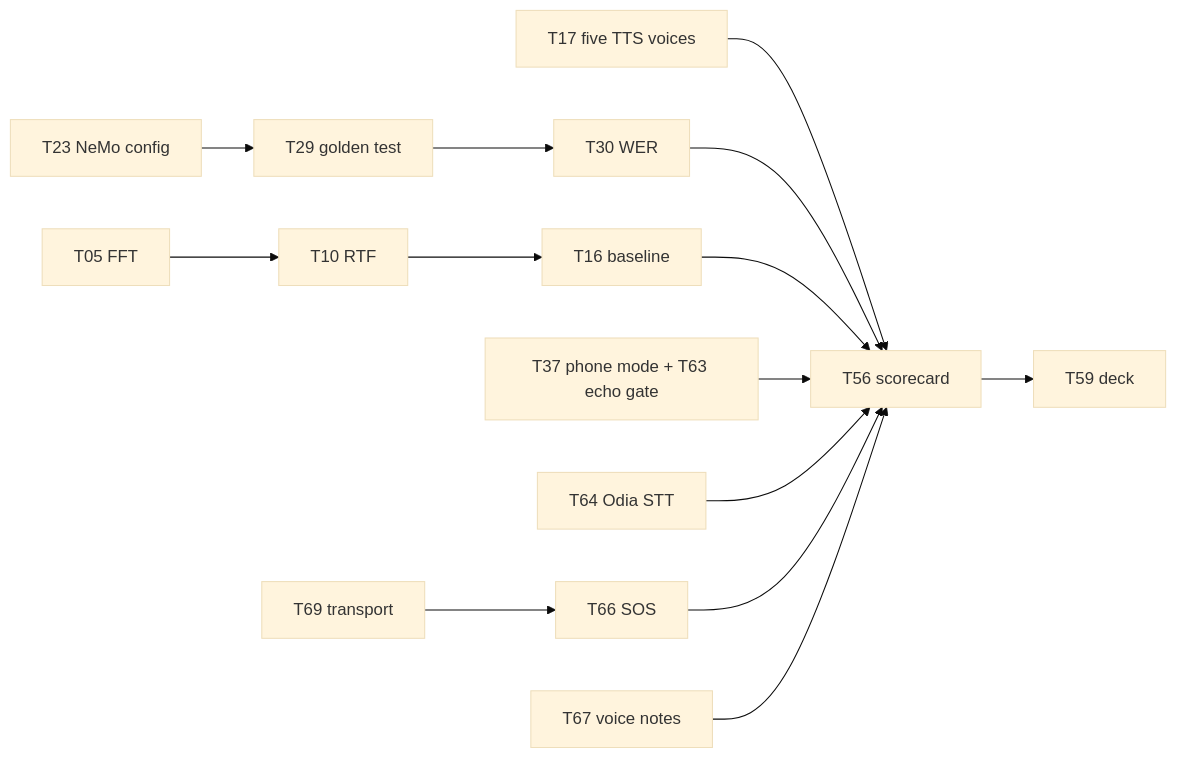
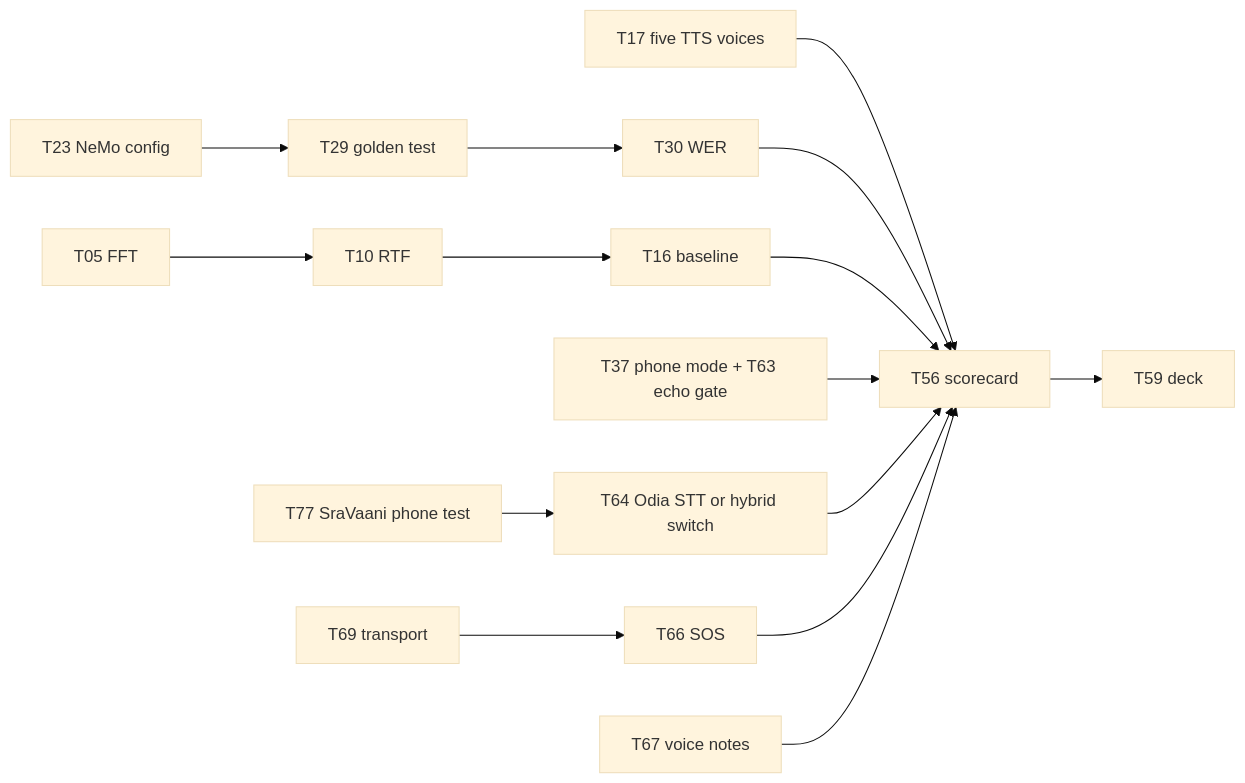
The diagram in docs/TASKS.md (Precise-Goals/iTantra-Communication-Ecosystem), drawn with Mermaid (base theme) before and after one commit. The commit also changed other lines of this file and 5 other files, not shown here.

First line of the commit message:
Docs: T77 SraVaani INT8 phone test gates T64; record G1-G4, S0, S1 as done

````diff
--- a/docs/TASKS.md
+++ b/docs/TASKS.md
@@ -465,16 +480,17 @@
 ```mermaid
 flowchart LR
   T05["T05 FFT"] --> T10["T10 RTF"]
   T10 --> T16["T16 baseline"]
   T17["T17 five TTS voices"] --> T56["T56 scorecard"]
   T23["T23 NeMo config"] --> T29["T29 golden test"]
   T29 --> T30["T30 WER"]
   T30 --> T56
   T16 --> T56
   T37["T37 phone mode + T63 echo gate"] --> T56
-  T64["T64 Odia STT"] --> T56
+  T77["T77 SraVaani phone test"] --> T64["T64 Odia STT or hybrid switch"]
+  T64 --> T56
   T69["T69 transport"] --> T66["T66 SOS"]
   T66 --> T56
   T67["T67 voice notes"] --> T56
   T56 --> T59["T59 deck"]
 ```
````
